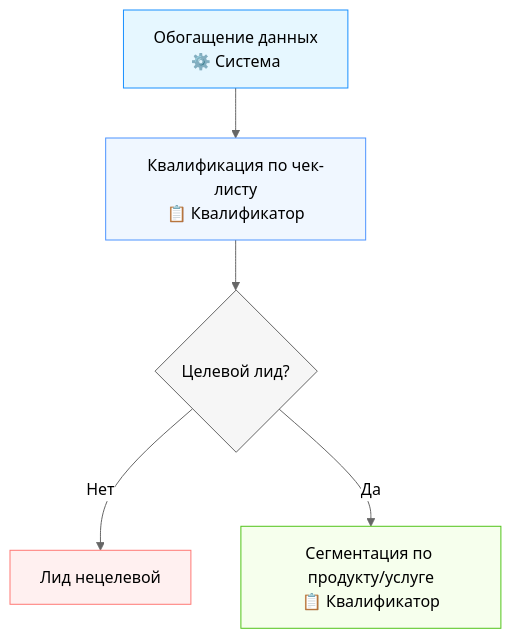
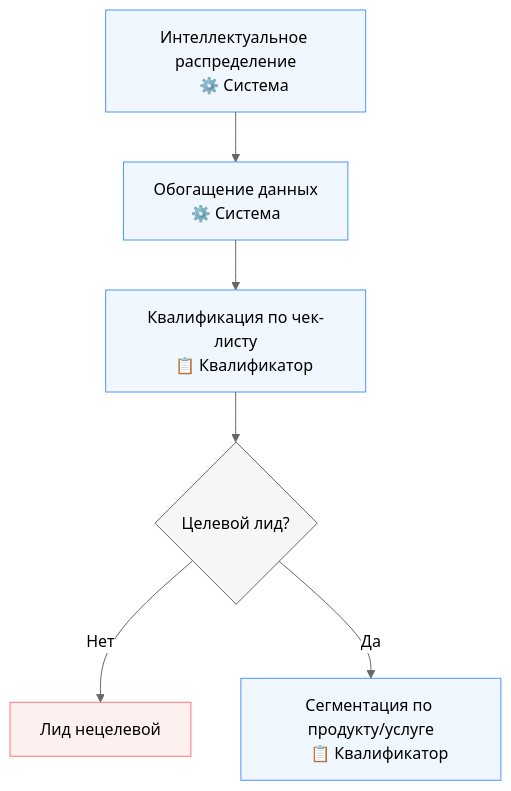
The third of 5 diagrams in README.md (electronic777/Trust-PF-Docs), drawn with Mermaid before and after one commit. The commit also changed other lines of this file, not shown here.

````diff
--- a/README.md
+++ b/README.md
@@ -314,24 +309,43 @@
 ```mermaid
 %%{init: {
   'theme': 'neutral',
   'themeVariables': {
     'primaryColor': '#f4f4f4',
     'primaryTextColor': '#333',
     'primaryBorderColor': '#ddd',
     'lineColor': '#666',
     'secondaryColor': '#f0f7ff',
     'tertiaryColor': '#fff'
   }
 }}%%
 flowchart TD
-    dataEnrichment["Обогащение данных\n⚙️ Система"] --> qualificationCheck["Квалификация по чек-листу\n📋 Квалификатор"]
-    qualificationCheck --> leadVerdict{"Целевой лид?"}
-    leadVerdict -- "Нет" --> notTarget["Лид нецелевой"]
-    leadVerdict -- "Да" --> targetSegmentation["Сегментация по продукту/услуге\n📋 Квалификатор"]
+    leadDistribution["Интеллектуальное распределение
+    ⚙️ Система"] 
     
-    style dataEnrichment fill:#e6f7ff,stroke:#1890ff,stroke-width:1px
+    dataEnrichment["Обогащение данных
+    ⚙️ Система"]
+    
+    qualificationCheck["Квалификация по чек-листу
+    📋 Квалификатор"]
+    
+    leadVerdict{"Целевой лид?"}
+    
+    notTarget["Лид нецелевой"]
+    
+    targetSegmentation["Сегментация по продукту/услуге
+    📋 Квалификатор"]
+    
+    leadDistribution --> dataEnrichment
+    dataEnrichment --> qualificationCheck
+    qualificationCheck --> leadVerdict
+    leadVerdict -- "Нет" --> notTarget
+    leadVerdict -- "Да" --> targetSegmentation
+ 
+    %% Стили для элементов
+    style leadDistribution fill:#f0f7ff,stroke:#4d94ff,stroke-width:1px
+    style dataEnrichment fill:#f0f7ff,stroke:#4d94ff,stroke-width:1px
     style qualificationCheck fill:#f0f7ff,stroke:#4d94ff,stroke-width:1px
     style leadVerdict fill:#f6f6f6,stroke:#666,stroke-width:1px
     style notTarget fill:#fff0f0,stroke:#ff7875,stroke-width:1px
-    style targetSegmentation fill:#f6ffed,stroke:#52c41a,stroke-width:1px
+    style targetSegmentation fill:#f0f7ff,stroke:#4d94ff,stroke-width:1px
 ```
````
